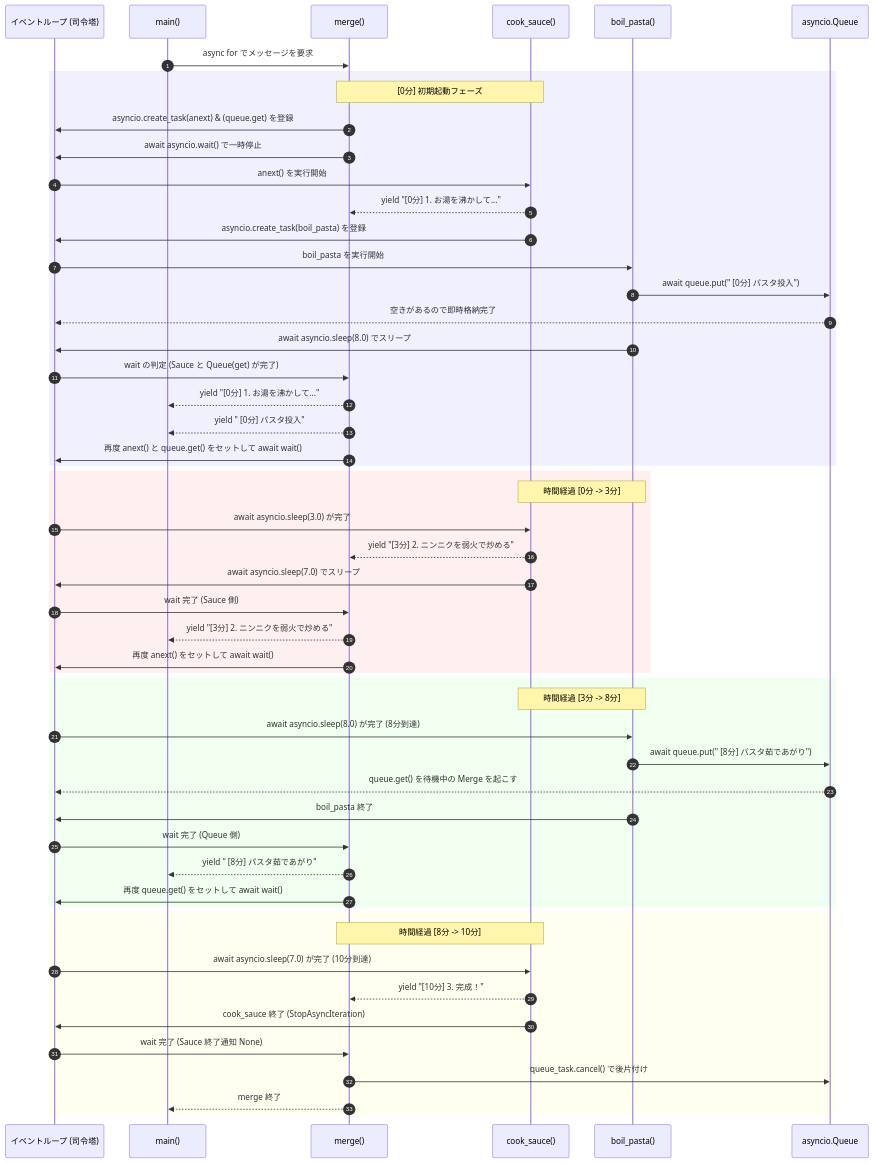
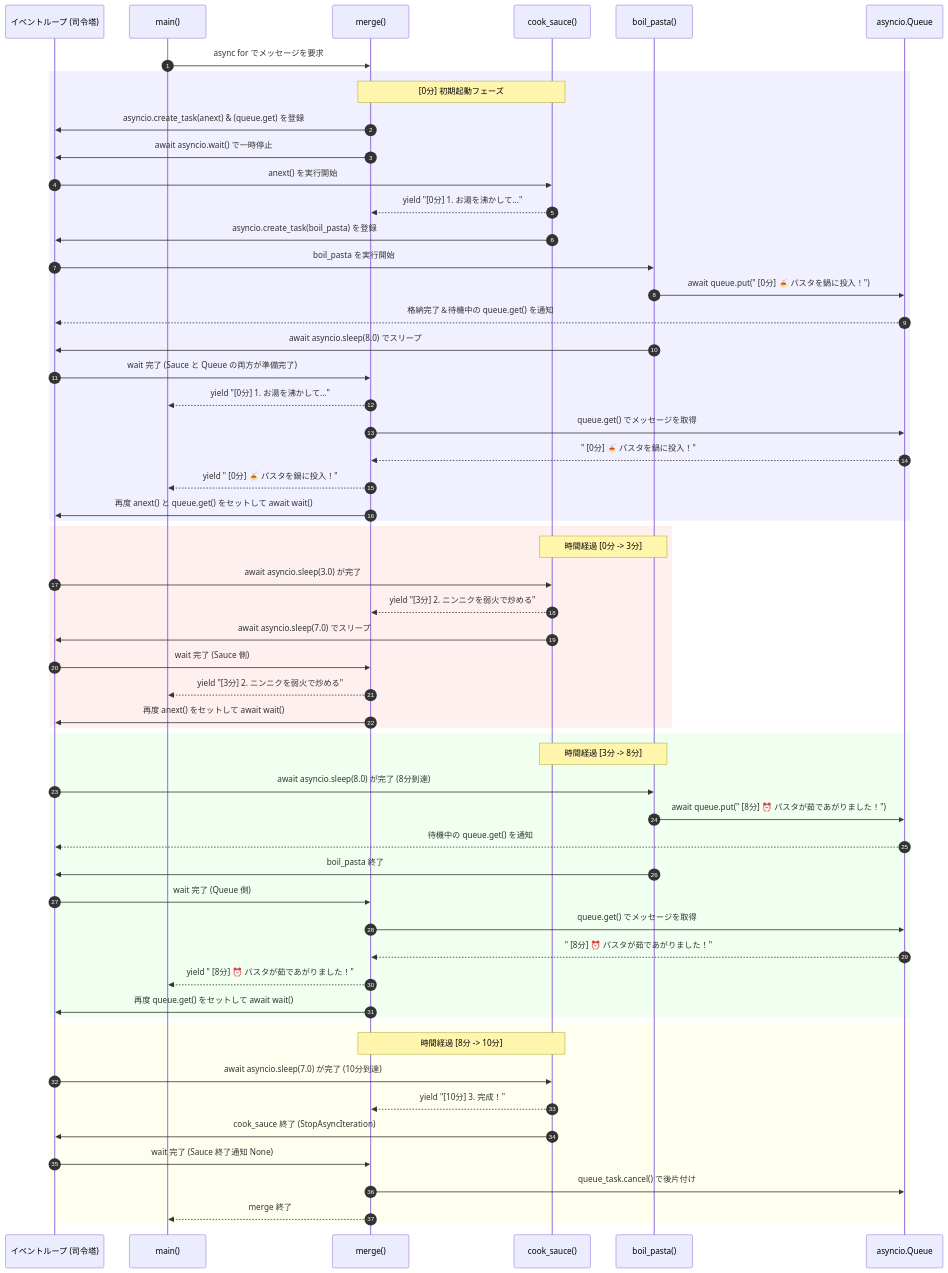
The diagram in README.md (developer-onizuka/asyncio), drawn with Mermaid before and after one commit.

````diff
--- a/README.md
+++ b/README.md
@@ -1,66 +1,70 @@
 ```mermaid
 sequenceDiagram
     autonumber
     participant EvLoop as イベントループ (司令塔)
     participant Main as main()
     participant Merge as merge()
     participant Sauce as cook_sauce()
     participant Pasta as boil_pasta()
     participant Queue as asyncio.Queue
 
     Main->>Merge: async for でメッセージを要求
     
     rect rgb(240, 240, 255)
     note over Merge, Sauce: [0分] 初期起動フェーズ
     Merge->>EvLoop: asyncio.create_task(anext) & (queue.get) を登録
     Merge->>EvLoop: await asyncio.wait() で一時停止
     
     EvLoop->>Sauce: anext() を実行開始
     Sauce-->>Merge: yield "[0分] 1. お湯を沸かして..."
     Sauce->>EvLoop: asyncio.create_task(boil_pasta) を登録
     
     EvLoop->>Pasta: boil_pasta を実行開始
-    Pasta->>Queue: await queue.put(" [0分] パスタ投入")
-    Queue-->>EvLoop: 空きがあるので即時格納完了
+    Pasta->>Queue: await queue.put("  [0分] 🍝 パスタを鍋に投入！")
+    Queue-->>EvLoop: 格納完了＆待機中の queue.get() を通知
     Pasta->>EvLoop: await asyncio.sleep(8.0) でスリープ
     
-    EvLoop->>Merge: wait の判定 (Sauce と Queue(get) が完了)
+    EvLoop->>Merge: wait 完了 (Sauce と Queue の両方が準備完了)
     Merge-->>Main: yield "[0分] 1. お湯を沸かして..."
-    Merge-->>Main: yield " [0分] パスタ投入"
+    Merge->>Queue: queue.get() でメッセージを取得
+    Queue-->>Merge: "  [0分] 🍝 パスタを鍋に投入！"
+    Merge-->>Main: yield "  [0分] 🍝 パスタを鍋に投入！"
     Merge->>EvLoop: 再度 anext() と queue.get() をセットして await wait()
     end
 
     rect rgb(255, 240, 240)
     note over Sauce, Pasta: 時間経過 [0分 -> 3分]
     EvLoop->>Sauce: await asyncio.sleep(3.0) が完了
     Sauce-->>Merge: yield "[3分] 2. ニンニクを弱火で炒める"
     Sauce->>EvLoop: await asyncio.sleep(7.0) でスリープ
     
     EvLoop->>Merge: wait 完了 (Sauce 側)
     Merge-->>Main: yield "[3分] 2. ニンニクを弱火で炒める"
     Merge->>EvLoop: 再度 anext() をセットして await wait()
     end
 
     rect rgb(240, 255, 240)
     note over Sauce, Pasta: 時間経過 [3分 -> 8分]
     EvLoop->>Pasta: await asyncio.sleep(8.0) が完了 (8分到達)
-    Pasta->>Queue: await queue.put(" [8分] パスタ茹であがり")
-    Queue-->>EvLoop: queue.get() を待機中の Merge を起こす
+    Pasta->>Queue: await queue.put("  [8分] ⏰ パスタが茹であがりました！")
+    Queue-->>EvLoop: 待機中の queue.get() を通知
     Pasta->>EvLoop: boil_pasta 終了
     
     EvLoop->>Merge: wait 完了 (Queue 側)
-    Merge-->>Main: yield " [8分] パスタ茹であがり"
+    Merge->>Queue: queue.get() でメッセージを取得
+    Queue-->>Merge: "  [8分] ⏰ パスタが茹であがりました！"
+    Merge-->>Main: yield "  [8分] ⏰ パスタが茹であがりました！"
     Merge->>EvLoop: 再度 queue.get() をセットして await wait()
     end
 
     rect rgb(255, 255, 240)
     note over Sauce, Merge: 時間経過 [8分 -> 10分]
     EvLoop->>Sauce: await asyncio.sleep(7.0) が完了 (10分到達)
     Sauce-->>Merge: yield "[10分] 3. 完成！"
     Sauce->>EvLoop: cook_sauce 終了 (StopAsyncIteration)
     
     EvLoop->>Merge: wait 完了 (Sauce 終了通知 None)
     Merge->>Queue: queue_task.cancel() で後片付け
     Merge-->>Main: merge 終了
     end
 ```
````
